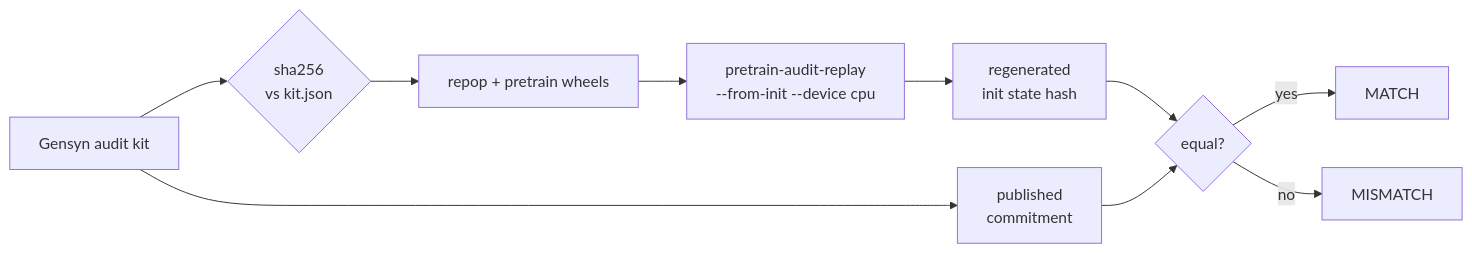
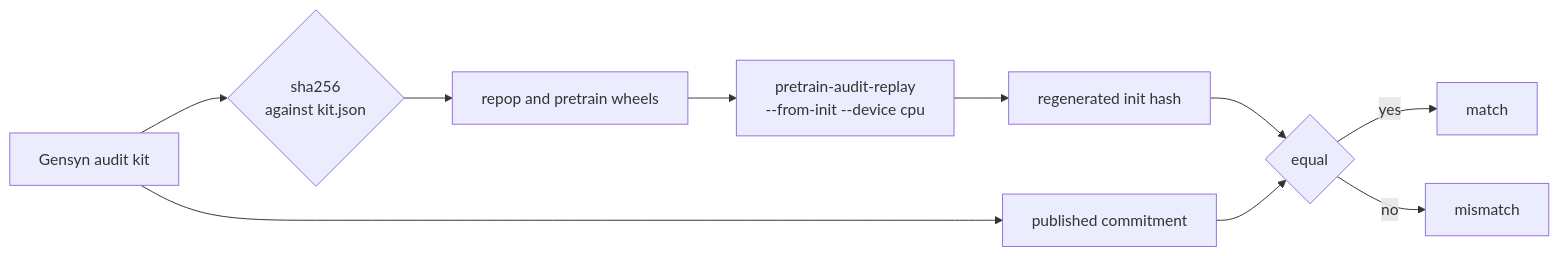
Before and after one commit to eSlider/open-1b-verify: the first of 2 diagrams in README.md, drawn with Mermaid. The commit also changed other lines of this file and 10 other files, not shown here.

````diff
--- a/README.md
+++ b/README.md
@@ -32,12 +27,12 @@
 ```mermaid
 flowchart LR
-  KIT["Gensyn audit kit"] --> SHA{"sha256\nvs kit.json"}
-  SHA --> WHL["repop + pretrain wheels"]
-  WHL --> REPLAY["pretrain-audit-replay\n--from-init --device cpu"]
-  REPLAY --> H1["regenerated\ninit state hash"]
-  KIT --> H2["published\ncommitment"]
-  H1 --> CMP{"equal?"}
+  KIT["Gensyn audit kit"] --> SHA{"sha256<br/>against kit.json"}
+  SHA --> WHL["repop and pretrain wheels"]
+  WHL --> REPLAY["pretrain-audit-replay<br/>--from-init --device cpu"]
+  REPLAY --> H1["regenerated init hash"]
+  KIT --> H2["published commitment"]
+  H1 --> CMP{"equal"}
   H2 --> CMP
-  CMP -->|yes| OK["MATCH"]
-  CMP -->|no| BAD["MISMATCH"]
+  CMP -->|yes| OK["match"]
+  CMP -->|no| BAD["mismatch"]
 ```
````
